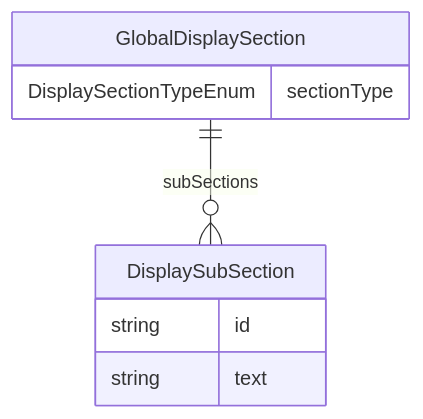
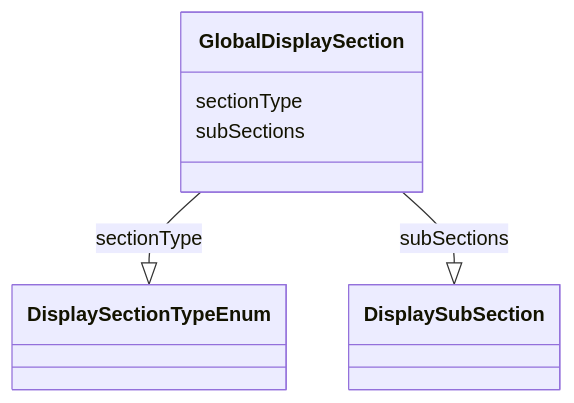
One commit to cdisc-org/analysis-results-standard changed the diagram in project/docs/GlobalDisplaySection.md. Above: the diagram before and after it, drawn with Mermaid. The commit also changed 256 other files, not shown here.

Commit message:
Documentation diagrams

````diff
--- a/project/docs/GlobalDisplaySection.md
+++ b/project/docs/GlobalDisplaySection.md
@@ -13,13 +15,13 @@
 ```mermaid
-erDiagram
-GlobalDisplaySection {
-    DisplaySectionTypeEnum sectionType  
-}
-DisplaySubSection {
-    string id  
-    string text  
-}
-
-GlobalDisplaySection ||--}o DisplaySubSection : "subSections"
-
+ classDiagram
+    class GlobalDisplaySection
+      GlobalDisplaySection : sectionType
+        
+          GlobalDisplaySection --|> DisplaySectionTypeEnum : sectionType
+        
+      GlobalDisplaySection : subSections
+        
+          GlobalDisplaySection --|> DisplaySubSection : subSections
+        
+      
 ```
````
